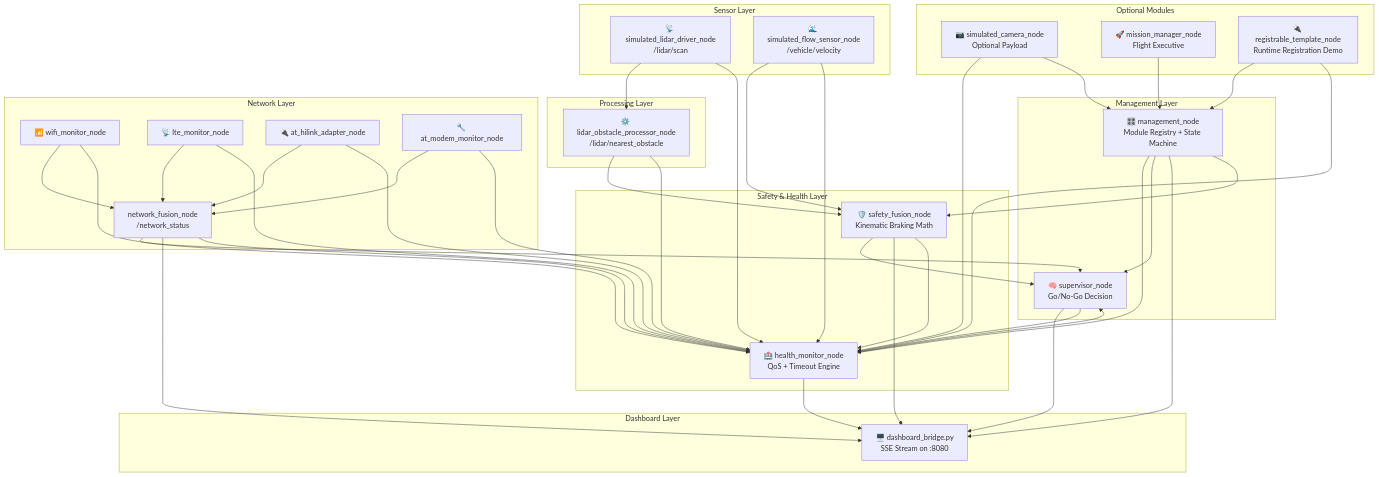
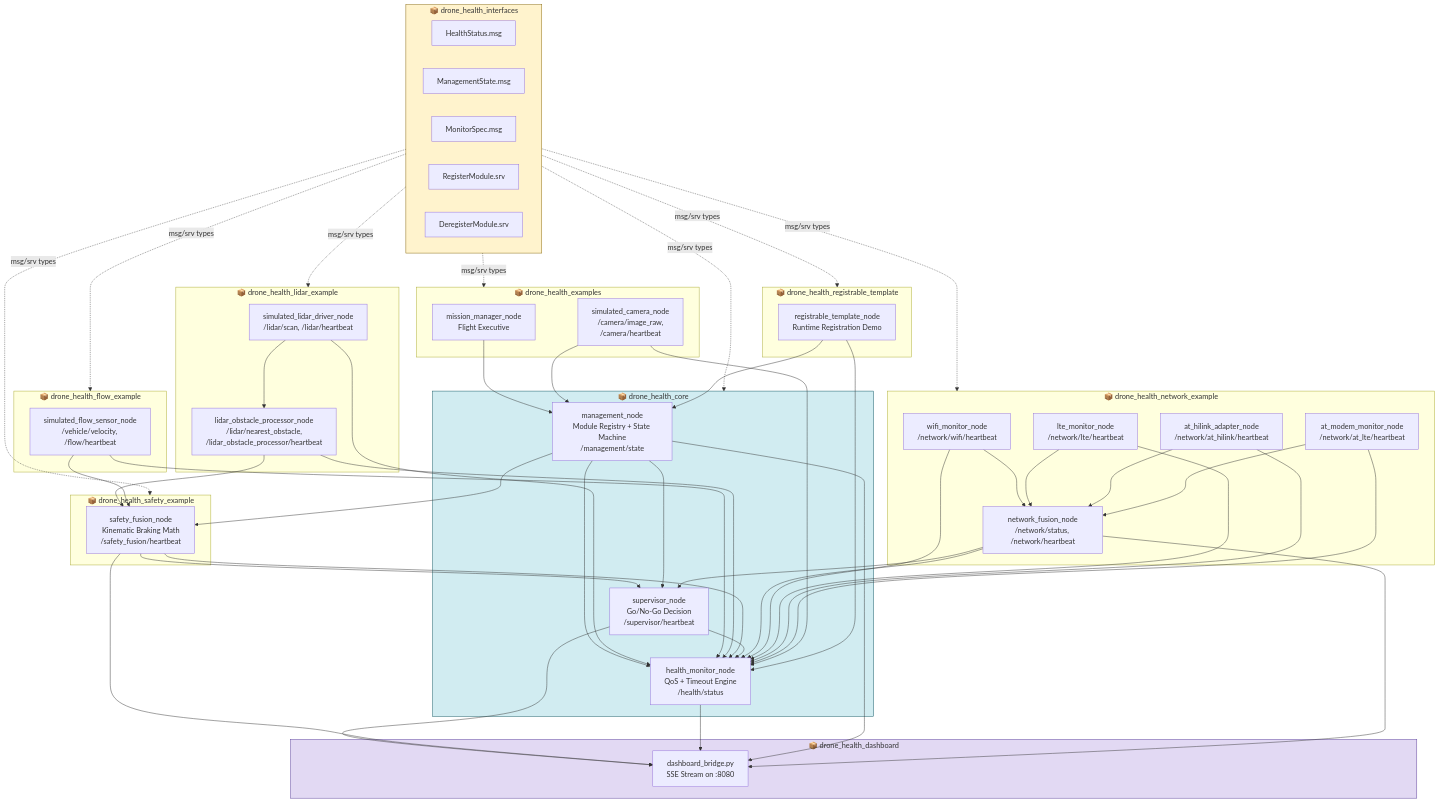
Before and after one commit to NILAMATHI1999/drone-health-modular-framework: the first of 2 diagrams in README.md, drawn with Mermaid.

````diff
--- a/README.md
+++ b/README.md
@@ -13,68 +13,80 @@
 ```mermaid
 graph TD
-    subgraph Sensors ["Sensor Layer"]
-        LIDAR["📡 simulated_lidar_driver_node<br/>/lidar/scan"]
-        FLOW["🌊 simulated_flow_sensor_node<br/>/vehicle/velocity"]
+
+    subgraph PKG_INTERFACES ["📦 drone_health_interfaces"]
+        MSG1["HealthStatus.msg"]
+        MSG2["ManagementState.msg"]
+        MSG3["MonitorSpec.msg"]
+        SRV1["RegisterModule.srv"]
+        SRV2["DeregisterModule.srv"]
     end
 
-    subgraph Processing ["Processing Layer"]
-        LPROC["⚙️ lidar_obstacle_processor_node<br/>/lidar/nearest_obstacle"]
+    subgraph PKG_LIDAR ["📦 drone_health_lidar_example"]
+        LIDAR["simulated_lidar_driver_node<br/>/lidar/scan, /lidar/heartbeat"]
+        LPROC["lidar_obstacle_processor_node<br/>/lidar/nearest_obstacle,<br/>/lidar_obstacle_processor/heartbeat"]
     end
 
-    subgraph Safety ["Safety & Health Layer"]
-        SF["🛡️ safety_fusion_node<br/>Kinematic Braking Math"]
-        HM["🏥 health_monitor_node<br/>QoS + Timeout Engine"]
+    subgraph PKG_FLOW ["📦 drone_health_flow_example"]
+        FLOW["simulated_flow_sensor_node<br/>/vehicle/velocity, /flow/heartbeat"]
     end
 
-    subgraph Management ["Management Layer"]
-        MN["🎛️ management_node<br/>Module Registry + State Machine"]
-        SV["🧠 supervisor_node<br/>Go/No-Go Decision"]
+    subgraph PKG_SAFETY ["📦 drone_health_safety_example"]
+        SF["safety_fusion_node<br/>Kinematic Braking Math<br/>/safety_fusion/heartbeat"]
     end
 
-    subgraph Optional ["Optional Modules"]
-        CAM["📷 simulated_camera_node<br/>Optional Payload"]
-        MM["🚀 mission_manager_node<br/>Flight Executive"]
-        TEMPLATE["🔌 registrable_template_node<br/>Runtime Registration Demo"]
+    subgraph PKG_CORE ["📦 drone_health_core"]
+        MN["management_node<br/>Module Registry + State Machine<br/>/management/state"]
+        HM["health_monitor_node<br/>QoS + Timeout Engine<br/>/health/status"]
+        SV["supervisor_node<br/>Go/No-Go Decision<br/>/supervisor/heartbeat"]
     end
 
-    subgraph Network ["Network Layer"]
-        WIFI["📶 wifi_monitor_node"]
-        LTE["📡 lte_monitor_node"]
-        HILINK["🔌 at_hilink_adapter_node"]
-        MODEM["🔧 at_modem_monitor_node"]
-        NF["network_fusion_node<br/>/network_status"]
+    subgraph PKG_NETWORK ["📦 drone_health_network_example"]
+        WIFI["wifi_monitor_node<br/>/network/wifi/heartbeat"]
+        LTE["lte_monitor_node<br/>/network/lte/heartbeat"]
+        HILINK["at_hilink_adapter_node<br/>/network/at_hilink/heartbeat"]
+        MODEM["at_modem_monitor_node<br/>/network/at_lte/heartbeat"]
+        NF["network_fusion_node<br/>/network/status, /network/heartbeat"]
     end
 
-    subgraph Dashboard ["Dashboard Layer"]
-        DASH["🖥️ dashboard_bridge.py<br/>SSE Stream on :8080"]
+    subgraph PKG_EXAMPLES ["📦 drone_health_examples"]
+        MM["mission_manager_node<br/>Flight Executive"]
+        CAM["simulated_camera_node<br/>/camera/image_raw,<br/>/camera/heartbeat"]
     end
 
-    %% Original correct arrows
+    subgraph PKG_TEMPLATE ["📦 drone_health_registrable_template"]
+        TEMPLATE["registrable_template_node<br/>Runtime Registration Demo"]
+    end
+
+    subgraph PKG_DASHBOARD ["📦 drone_health_dashboard"]
+        DASH["dashboard_bridge.py<br/>SSE Stream on :8080"]
+    end
+
+    %% ---- Sensor to Processing ----
     LIDAR --> LPROC
+
+    %% ---- Processing/Sensors to Safety ----
     LPROC --> SF
     FLOW --> SF
+
+    %% ---- Safety to Supervisor ----
     SF --> SV
-    HM --> SV
+
+    %% ---- Management orchestration ----
     MN --> HM
     MN --> SV
-    NF --> SV
-    CAM --> HM
+    MN --> SF
+    MM --> MN
     CAM --> MN
     TEMPLATE --> MN
-    TEMPLATE --> HM
-    MM --> MN
+
+    %% ---- Network fusion to Supervisor ----
+    NF --> SV
     WIFI --> NF
     LTE --> NF
     HILINK --> NF
     MODEM --> NF
-    SV --> DASH
-    SF --> DASH
-    HM --> DASH
-    MN --> DASH
-    NF --> DASH
 
-    %% Missing arrows added
-    MN --> SF
+    %% ---- Everything reports health status to HM ----
     LIDAR --> HM
     FLOW --> HM
     LPROC --> HM
@@ -85,4 +97,26 @@
     LTE --> HM
     HILINK --> HM
     MODEM --> HM
+    CAM --> HM
+    TEMPLATE --> HM
+
+    %% ---- Dashboard aggregates everything ----
+    SV --> DASH
+    SF --> DASH
+    HM --> DASH
+    MN --> DASH
+    NF --> DASH
+
+    %% ---- Interfaces dependency (compile-time, dashed) ----
+    PKG_INTERFACES -.->|msg/srv types| PKG_CORE
+    PKG_INTERFACES -.->|msg/srv types| PKG_LIDAR
+    PKG_INTERFACES -.->|msg/srv types| PKG_FLOW
+    PKG_INTERFACES -.->|msg/srv types| PKG_SAFETY
+    PKG_INTERFACES -.->|msg/srv types| PKG_NETWORK
+    PKG_INTERFACES -.->|msg/srv types| PKG_EXAMPLES
+    PKG_INTERFACES -.->|msg/srv types| PKG_TEMPLATE
+
+    style PKG_INTERFACES fill:#fff3cd,stroke:#856404
+    style PKG_CORE fill:#d1ecf1,stroke:#0c5460
+    style PKG_DASHBOARD fill:#e2d9f3,stroke:#5a3d99
 ```
````
